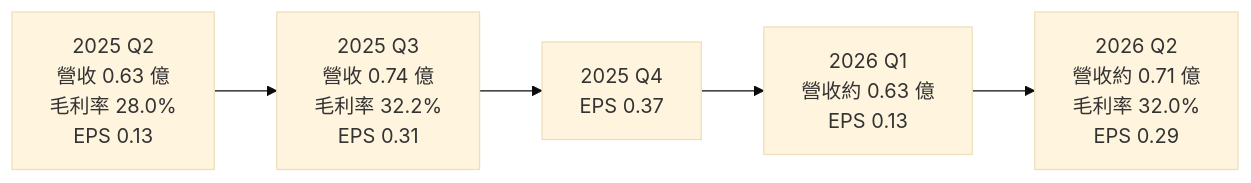
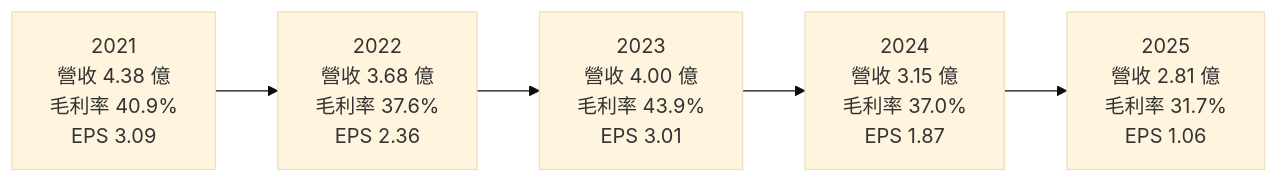
Before and after one commit to wangnick1004/taiwan-stock-vault: the second of 3 diagrams in 個股/台股/3567逸昌.md, drawn with Mermaid (base theme). The commit also changed other lines of this file and 142 other files, not shown here.

````diff
--- a/個股/台股/3567逸昌.md
+++ b/個股/台股/3567逸昌.md
@@ -126,4 +128,4 @@
 ```mermaid
 flowchart LR
-    A["2025 Q2<br/>營收 0.63 億<br/>毛利率 28.0%<br/>EPS 0.13"] --> B["2025 Q3<br/>營收 0.74 億<br/>毛利率 32.2%<br/>EPS 0.31"] --> C["2025 Q4<br/>EPS 0.37"] --> D["2026 Q1<br/>營收約 0.63 億<br/>EPS 0.13"] --> E["2026 Q2<br/>營收約 0.71 億<br/>毛利率 32.0%<br/>EPS 0.29"]
+    A["2021<br/>營收 4.38 億<br/>毛利率 40.9%<br/>EPS 3.09"] --> B["2022<br/>營收 3.68 億<br/>毛利率 37.6%<br/>EPS 2.36"] --> C["2023<br/>營收 4.00 億<br/>毛利率 43.9%<br/>EPS 3.01"] --> D["2024<br/>營收 3.15 億<br/>毛利率 37.0%<br/>EPS 1.87"] --> E["2025<br/>營收 2.81 億<br/>毛利率 31.7%<br/>EPS 1.06"]
 ```
````
